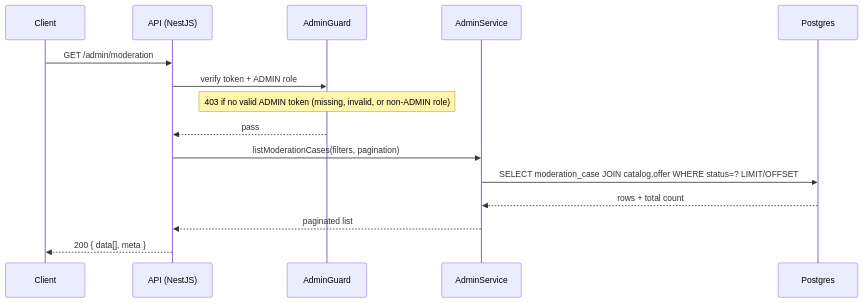
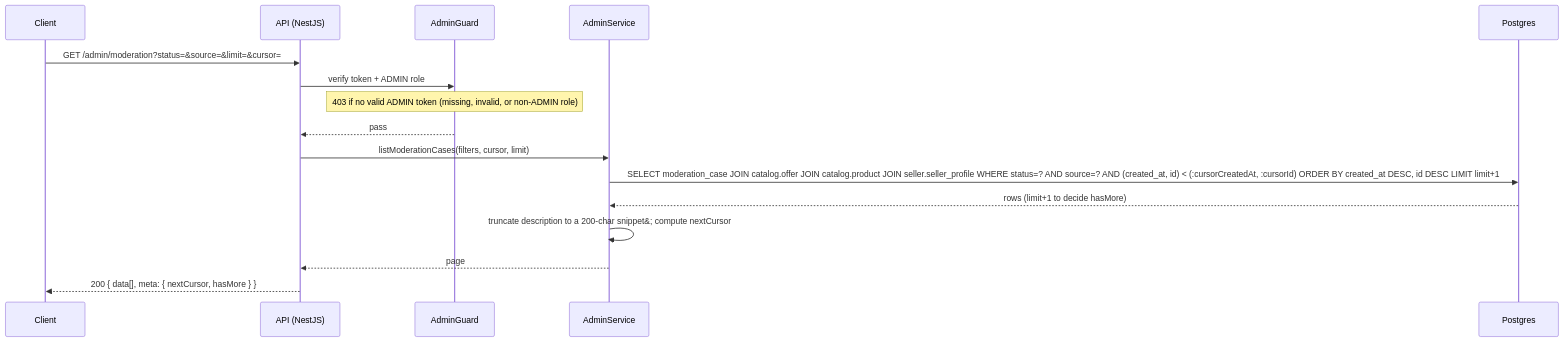
Before and after one commit to alisa-uthi/aliceut-ecom-document: the eighth of 14 diagrams in phase-1/technical-design/api-design/admin.md, drawn with Mermaid. The commit also changed other lines of this file and 73 other files, not shown here.

````diff
--- a/phase-1/technical-design/api-design/admin.md
+++ b/phase-1/technical-design/api-design/admin.md
@@ -471,18 +636,19 @@
 ```mermaid
 sequenceDiagram
     participant C as Client
     participant API as API (NestJS)
     participant G as AdminGuard
     participant S as AdminService
     participant PG as Postgres
 
-    C->>API: GET /admin/moderation
+    C->>API: GET /admin/moderation?status=&source=&limit=&cursor=
     API->>G: verify token + ADMIN role
     Note over G: 403 if no valid ADMIN token (missing, invalid, or non-ADMIN role)
     G-->>API: pass
-    API->>S: listModerationCases(filters, pagination)
-    S->>PG: SELECT moderation_case JOIN catalog.offer WHERE status=? LIMIT/OFFSET
-    PG-->>S: rows + total count
-    S-->>API: paginated list
-    API-->>C: 200 { data[], meta }
+    API->>S: listModerationCases(filters, cursor, limit)
+    S->>PG: SELECT moderation_case JOIN catalog.offer JOIN catalog.product JOIN seller.seller_profile WHERE status=? AND source=? AND (created_at, id) < (:cursorCreatedAt, :cursorId) ORDER BY created_at DESC, id DESC LIMIT limit+1
+    PG-->>S: rows (limit+1 to decide hasMore)
+    S->>S: truncate description to a 200-char snippet&#59; compute nextCursor
+    S-->>API: page
+    API-->>C: 200 { data[], meta: { nextCursor, hasMore } }
 ```
````
